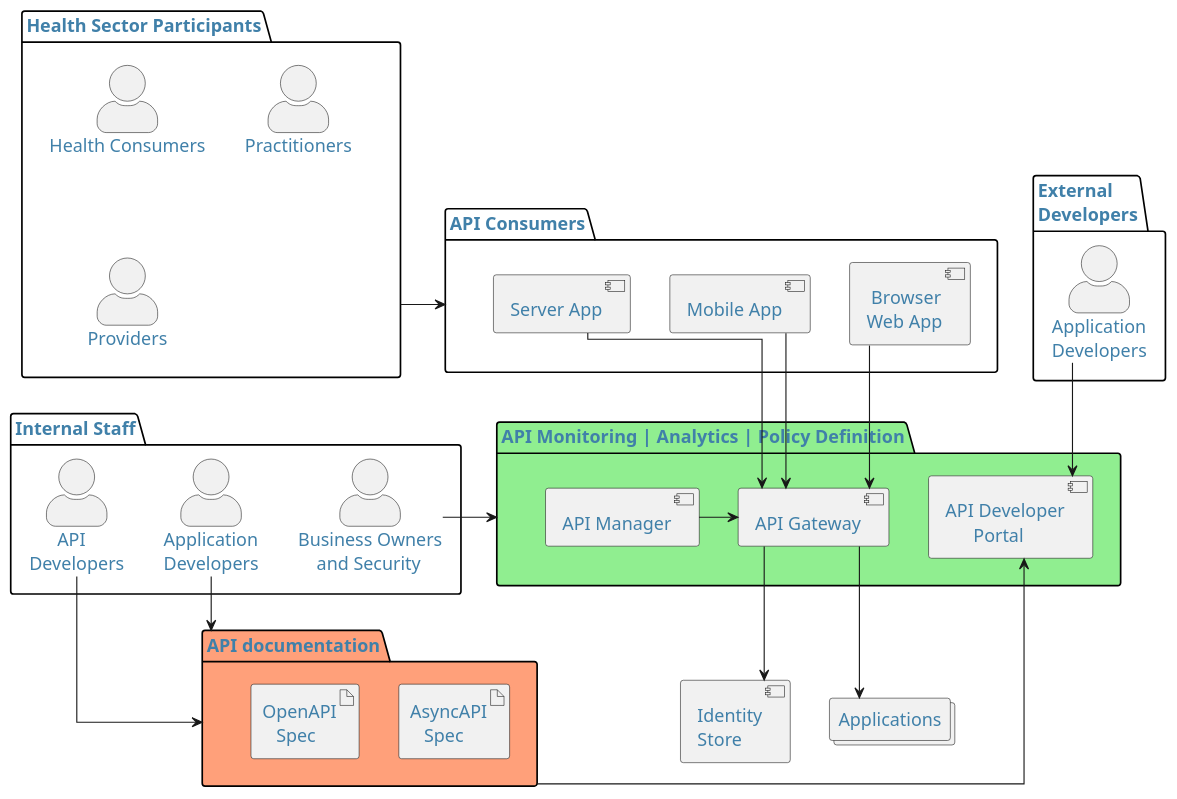
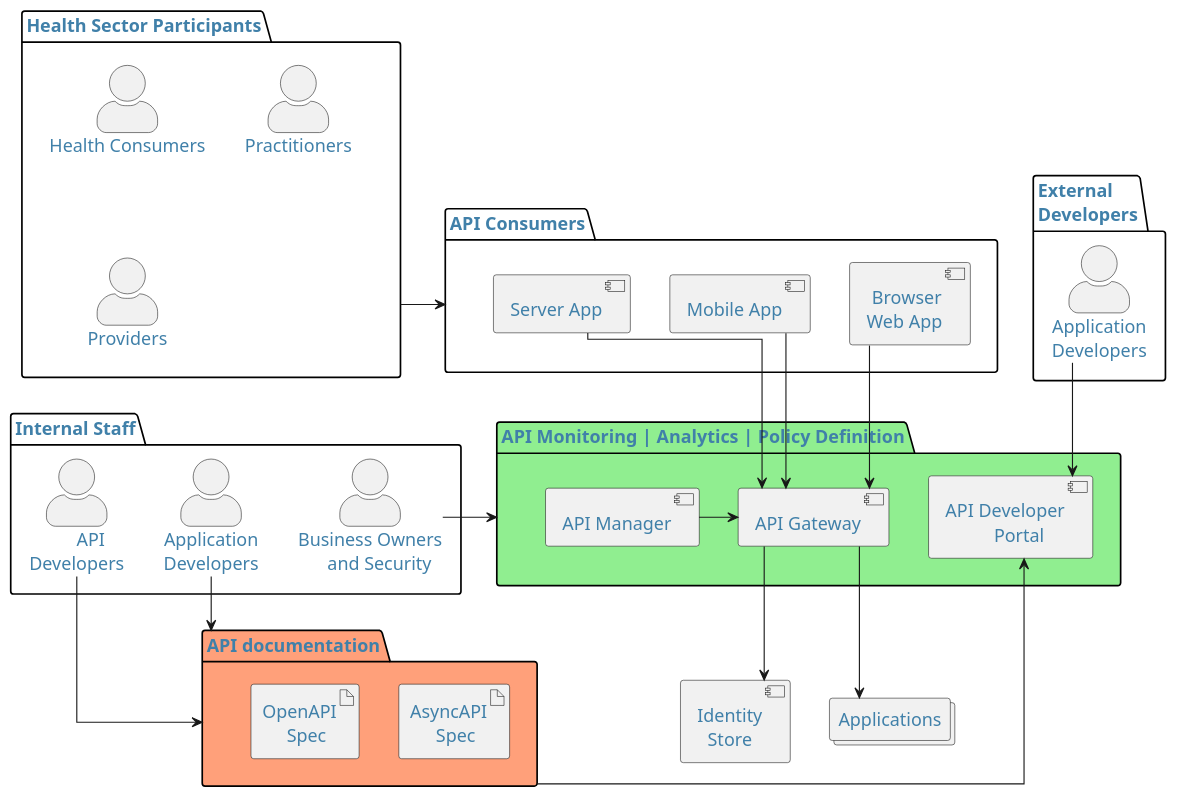
Before and after one commit to tewhatuora/api-standards: the first of 2 diagrams in versioned_docs/version-1.2/api-security/02-SecurityReferenceArchitecture.md, drawn with PlantUML. The commit also changed 1 other file, not shown here.

````diff
--- a/versioned_docs/version-1.2/api-security/02-SecurityReferenceArchitecture.md
+++ b/versioned_docs/version-1.2/api-security/02-SecurityReferenceArchitecture.md
@@ -25,63 +25,63 @@
 ```plantuml
 @startuml
 skinparam {
     defaultFontColor #4080a9
     defaultBackgroundColor #d7f8ff
-    defaultComponentColour #61d9de
-    defaultActorColour #61d9de
+    defaultComponentColor #61d9de
+    defaultActorColor #61d9de
     defaultFontSize 16
     defaultArrowThickness 6
     actorStyle awesome
     linetype ortho
 }
-skinparam defaultTextAlignment centre
+skinparam defaultTextAlignment center
 allowmixing
 
 package "Health Sector Participants" as HSP {
     actor "Health Consumers" as HC
     actor Practitioners
     actor Providers
 }
 
 package "API Consumers" as Devices {
     component " Browser\nWeb App" as B
     component "Mobile App" as MA
     component "Server App" as SA
 }
 
 package "API Monitoring | Analytics | Policy Definition" as AAPD #LightGreen {
     component "API Developer\n      Portal" as ADP
     component "API Manager" as AM
     component "API Gateway" as AG
 }
 package "API documentation" as APID #LightSalmon {
     artifact "AsyncAPI\n   Spec"
     artifact "OpenAPI\n   Spec"
 }
 package "Internal Staff" {
     actor "Application\nDevelopers" as IAppD
     actor "      API\nDevelopers" as IAD
     actor "Business Owners\n    and Security" as IBOS
 
 }
 package "External\lDevelopers" {
     actor "Application\nDevelopers" as EAD
 }
 component "Identity\nStore" as IS
 collections "Applications"
 
 B -down-> AG
 MA --> AG
 SA --> AG
 AG --> Applications
 IAppD --> APID
 IAD --> APID
 IBOS -right-> AAPD
 HSP --> Devices
 AG --> IS
 AM -right-> AG
 EAD --> ADP
 APID -up-> ADP
 
 @enduml
 ```
````
